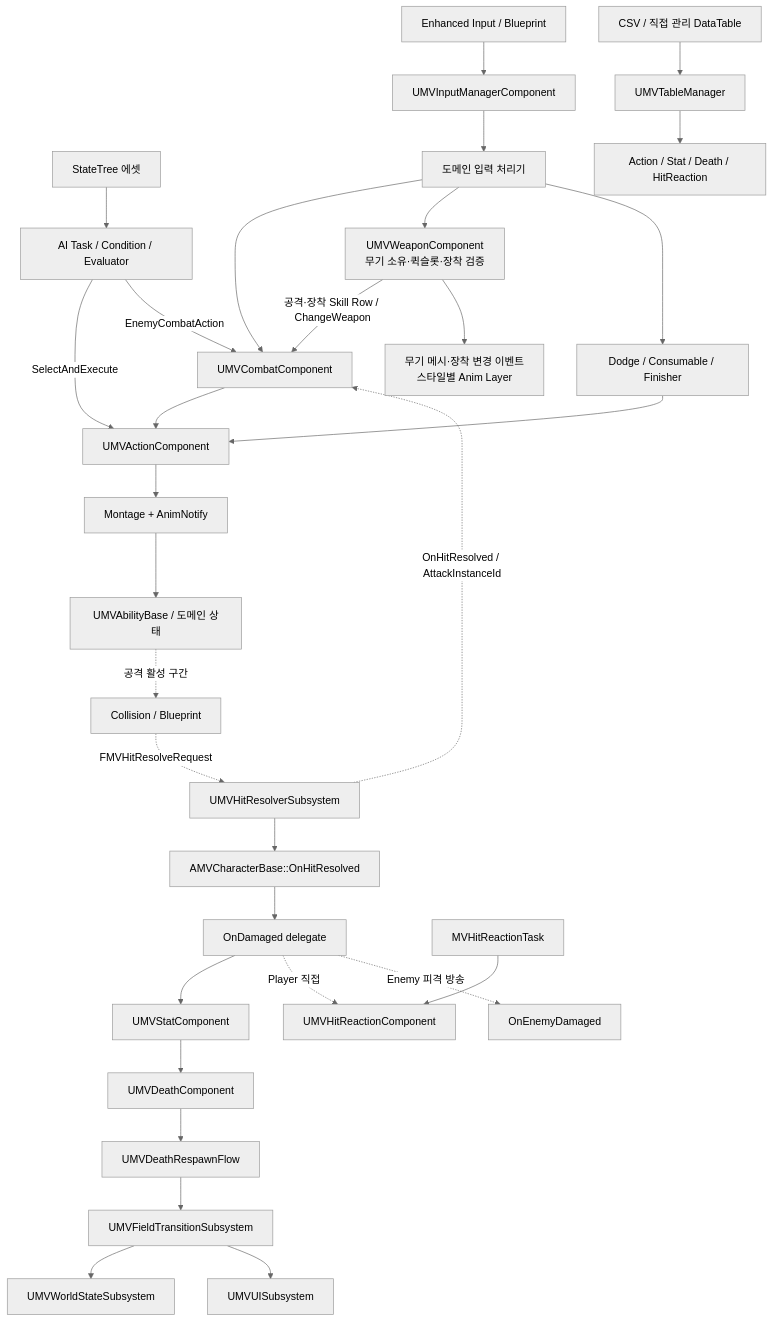
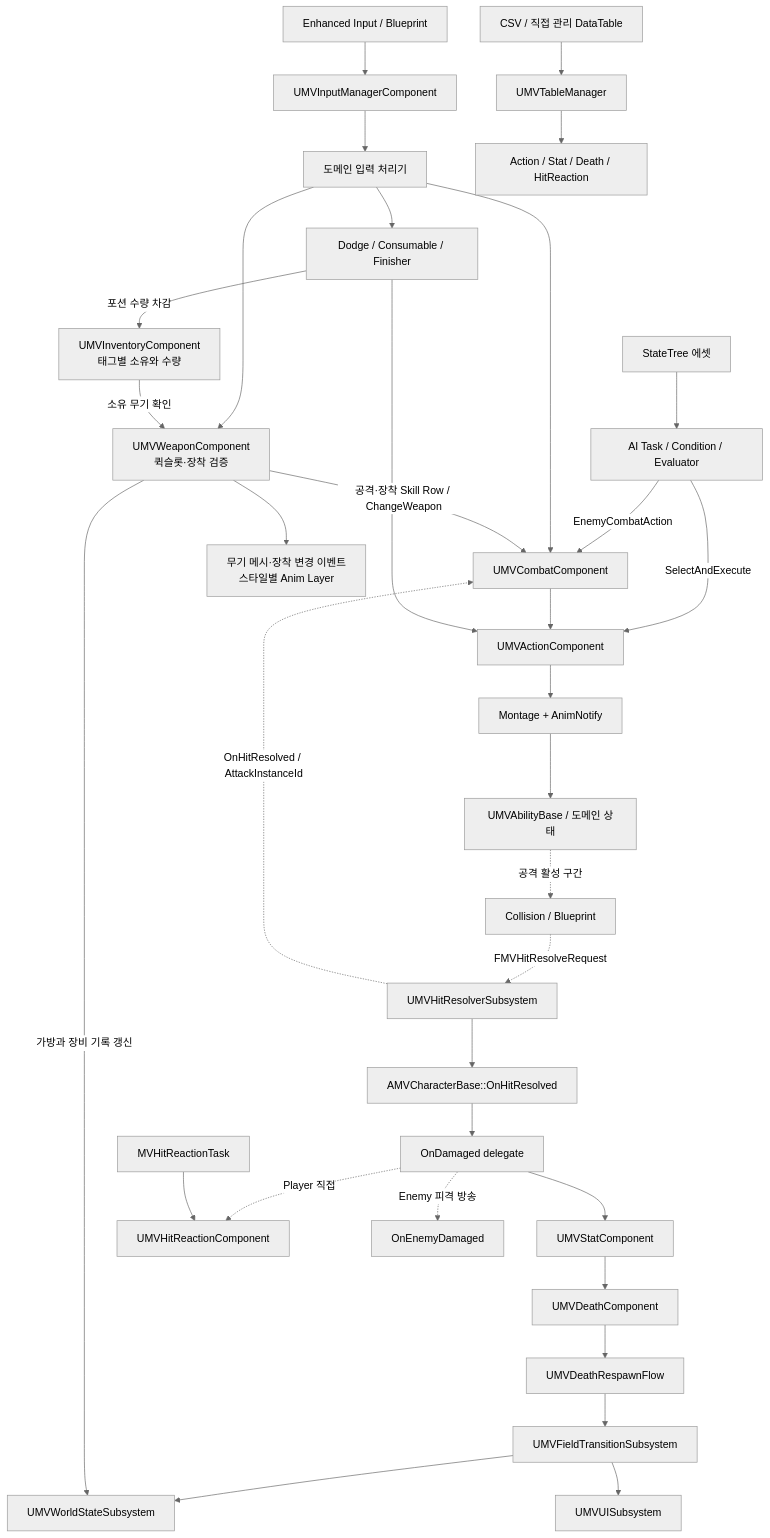
Before and after one commit to DreamersStudio3/Maverick: the diagram in docs/wiki/Architecture/document.md, drawn with Mermaid (neutral theme). The commit also changed other lines of this file and 6 other files, not shown here.

````diff
--- a/docs/wiki/Architecture/document.md
+++ b/docs/wiki/Architecture/document.md
@@ -19,33 +19,36 @@
 ```mermaid
 flowchart TD
     Input["Enhanced Input / Blueprint"] --> InputManager["UMVInputManagerComponent"]
     StateTree["StateTree 에셋"] --> AITasks["AI Task / Condition / Evaluator"]
     InputManager --> Handlers["도메인 입력 처리기"]
     AITasks -->|SelectAndExecute| Action["UMVActionComponent"]
     AITasks -->|EnemyCombatAction| Combat["UMVCombatComponent"]
     Handlers --> Combat
-    Handlers --> Weapon["UMVWeaponComponent<br/>무기 소유·퀵슬롯·장착 검증"]
+    Handlers --> Weapon["UMVWeaponComponent<br/>퀵슬롯·장착 검증"]
     Weapon -->|공격·장착 Skill Row / ChangeWeapon| Combat
     Weapon --> WeaponVisual["무기 메시·장착 변경 이벤트<br/>스타일별 Anim Layer"]
     Handlers --> PlayerDomains["Dodge / Consumable / Finisher"]
+    Inventory["UMVInventoryComponent<br/>태그별 소유와 수량"] -->|소유 무기 확인| Weapon
+    PlayerDomains -->|포션 수량 차감| Inventory
     Combat --> Action
     PlayerDomains --> Action
     Action --> Montage["Montage + AnimNotify"]
     Montage --> Ability["UMVAbilityBase / 도메인 상태"]
     Ability -. "공격 활성 구간" .-> HitSource["Collision / Blueprint"]
     HitSource -. "FMVHitResolveRequest" .-> HitResolver["UMVHitResolverSubsystem"]
     HitResolver -. "OnHitResolved / AttackInstanceId" .-> Combat
     HitResolver --> CharacterBridge["AMVCharacterBase::OnHitResolved"]
     CharacterBridge --> OnDamaged["OnDamaged delegate"]
     OnDamaged --> Stat["UMVStatComponent"]
     OnDamaged -. "Player 직접" .-> HitReaction["UMVHitReactionComponent"]
     OnDamaged -. "Enemy 피격 방송" .-> EnemyDamaged["OnEnemyDamaged"]
     EnemyTask["MVHitReactionTask"] --> HitReaction
     Stat --> Death["UMVDeathComponent"]
     Death --> Respawn["UMVDeathRespawnFlow"]
     Respawn --> Transition["UMVFieldTransitionSubsystem"]
     Transition --> WorldState["UMVWorldStateSubsystem"]
+    Weapon -->|가방과 장비 기록 갱신| WorldState
     Transition --> UI["UMVUISubsystem"]
     Tables["CSV / 직접 관리 DataTable"] --> TableManager["UMVTableManager"]
     TableManager --> RuntimeConsumers["Action / Stat / Death / HitReaction"]
 ```
````
